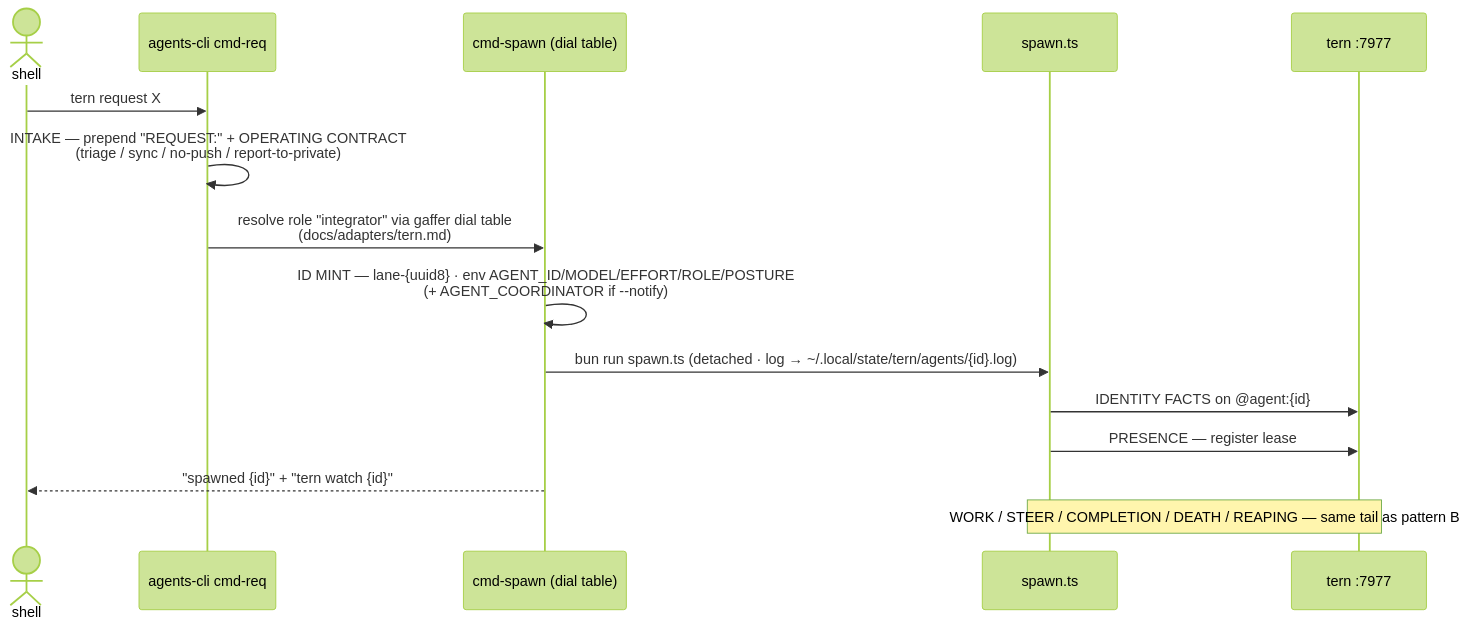
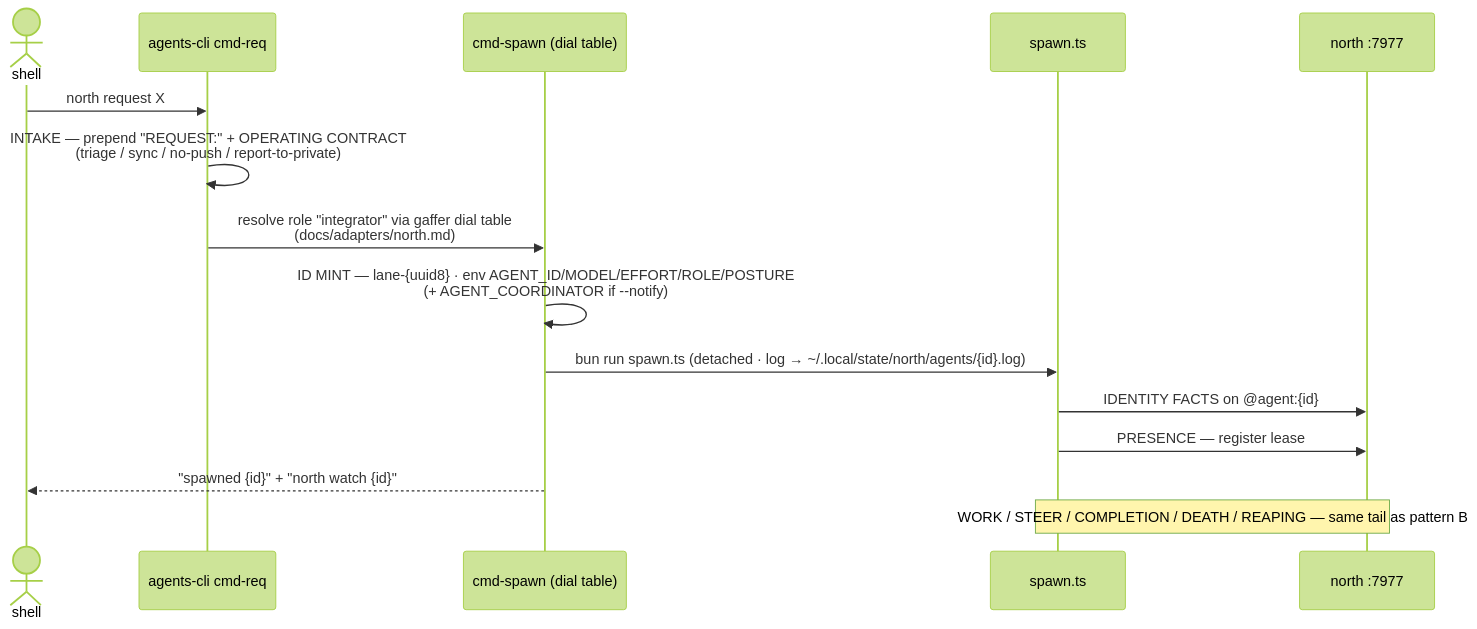
The fifth of 10 diagrams in dotfiles/claude/docs/workflow-map.md (tompassarelli/firn), drawn with Mermaid (forest theme) before and after one commit. The commit also changed other lines of this file and 7 other files, not shown here.

First line of the commit message:
rename(docs): tern→north — workflow-map, north.md, agent-protocol, praxis

````diff
--- a/dotfiles/claude/docs/workflow-map.md
+++ b/dotfiles/claude/docs/workflow-map.md
@@ -181,17 +181,17 @@
 ```mermaid
 sequenceDiagram
     actor SH as shell
     participant CLI as agents-cli cmd-req
     participant CS as cmd-spawn (dial table)
     participant SP as spawn.ts
-    participant T as tern :7977
-    SH->>CLI: tern request X
+    participant T as north :7977
+    SH->>CLI: north request X
     CLI->>CLI: INTAKE — prepend "REQUEST:" + OPERATING CONTRACT<br/>(triage / sync / no-push / report-to-private)
-    CLI->>CS: resolve role "integrator" via gaffer dial table<br/>(docs/adapters/tern.md)
+    CLI->>CS: resolve role "integrator" via gaffer dial table<br/>(docs/adapters/north.md)
     CS->>CS: ID MINT — lane-{uuid8} · env AGENT_ID/MODEL/EFFORT/ROLE/POSTURE<br/>(+ AGENT_COORDINATOR if --notify)
-    CS->>SP: bun run spawn.ts (detached · log → ~/.local/state/tern/agents/{id}.log)
+    CS->>SP: bun run spawn.ts (detached · log → ~/.local/state/north/agents/{id}.log)
     SP->>T: IDENTITY FACTS on @agent:{id}
     SP->>T: PRESENCE — register lease
-    CS-->>SH: "spawned {id}" + "tern watch {id}"
+    CS-->>SH: "spawned {id}" + "north watch {id}"
     Note over SP,T: WORK / STEER / COMPLETION / DEATH / REAPING — same tail as pattern B
 ```
````
